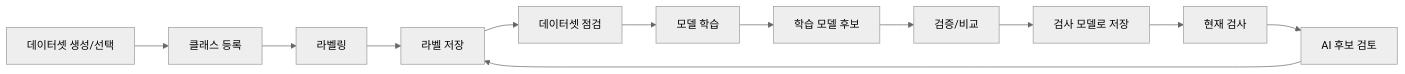
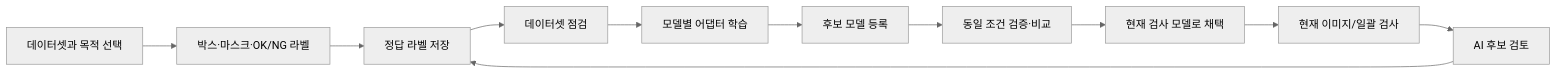
Before and after one commit to Noah8218/OpenVisionLab-Labeling-Studio: the diagram in README.md, drawn with Mermaid (neutral theme). The commit also changed other lines of this file and 5 other files, not shown here.

````diff
--- a/README.md
+++ b/README.md
@@ -166,14 +75,13 @@
 ```mermaid
 flowchart LR
-    Dataset["데이터셋 생성/선택"] --> Classes["클래스 등록"]
-    Classes --> Labeling["라벨링"]
-    Labeling --> Save["라벨 저장"]
-    Save --> Check["데이터셋 점검"]
-    Check --> Train["모델 학습"]
-    Train --> Candidate["학습 모델 후보"]
-    Candidate --> Compare["검증/비교"]
-    Compare --> Adopt["검사 모델로 저장"]
-    Adopt --> Inference["현재 검사"]
-    Inference --> Review["AI 후보 검토"]
+    Dataset["데이터셋과 목적 선택"] --> Label["박스·마스크·OK/NG 라벨"]
+    Label --> Save["정답 라벨 저장"]
+    Save --> Health["데이터셋 점검"]
+    Health --> Train["모델별 어댑터 학습"]
+    Train --> Candidate["후보 모델 등록"]
+    Candidate --> Compare["동일 조건 검증·비교"]
+    Compare --> Adopt["현재 검사 모델로 채택"]
+    Adopt --> Infer["현재 이미지/일괄 검사"]
+    Infer --> Review["AI 후보 검토"]
     Review --> Save
 ```
````
